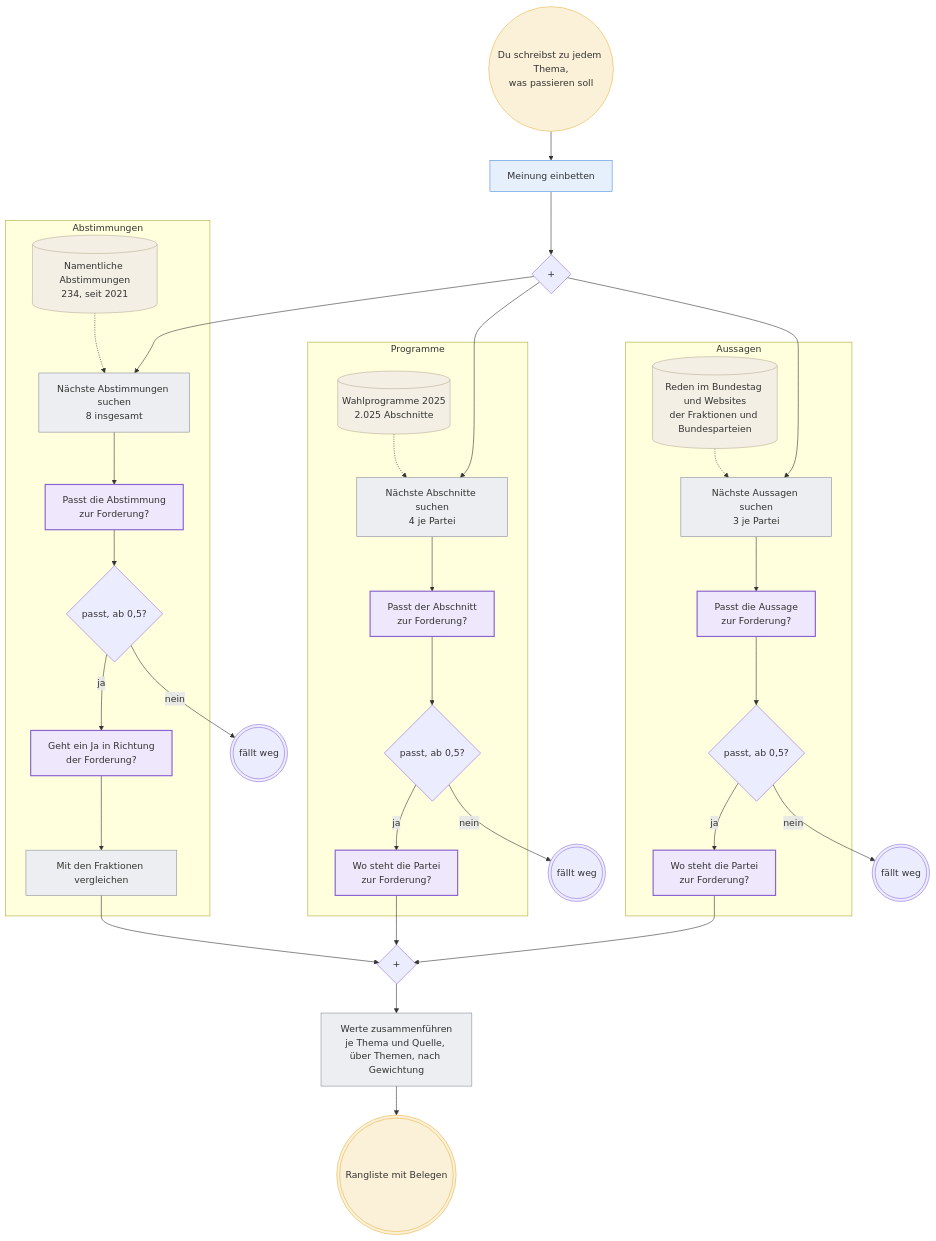
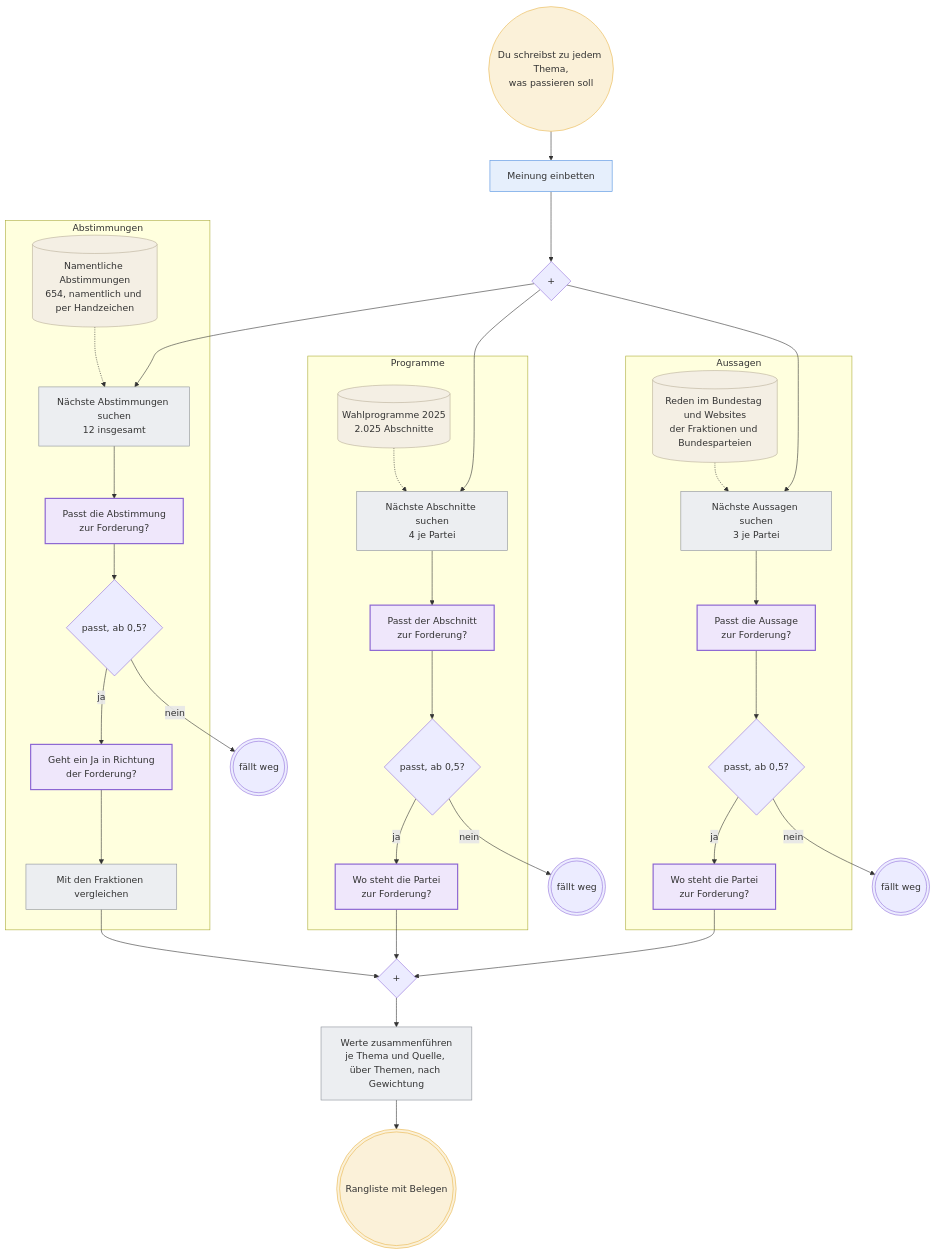
One commit to NicolasMahn/VotingAid changed the diagram in docs/workflow.mmd. Above: the diagram before and after it, drawn with Mermaid. The commit also changed 13 other files, not shown here.

```diff
--- a/docs/workflow.mmd
+++ b/docs/workflow.mmd
@@ -1,52 +1,52 @@
 %% Voting Aid: from an opinion to the ranking. The same flow as workflow.html,
 %% as text: open it in mermaid.live, or import it into Excalidraw, draw.io or Miro.
 %% Circles are events, boxes tasks, diamonds decisions, cylinders data.
 flowchart TB
   start((Du schreibst zu jedem Thema,<br/>was passieren soll)):::person
   query[Meinung einbetten]:::voyage
   split{+}
   start --> query --> split
 
   subgraph Programme
     pdb[(Wahlprogramme 2025<br/>2.025 Abschnitte)]:::data
     psearch[Nächste Abschnitte suchen<br/>4 je Partei]:::code
     prel[Passt der Abschnitt<br/>zur Forderung?]:::jev
     pgate{passt, ab 0,5?}
     pmatch[Wo steht die Partei<br/>zur Forderung?]:::jev
     pdb -.-> psearch --> prel --> pgate -->|ja| pmatch
   end
 
   subgraph Abstimmungen
-    vdb[(Namentliche Abstimmungen<br/>234, seit 2021)]:::data
-    vsearch[Nächste Abstimmungen suchen<br/>8 insgesamt]:::code
+    vdb[(Namentliche Abstimmungen<br/>654, namentlich und per Handzeichen)]:::data
+    vsearch[Nächste Abstimmungen suchen<br/>12 insgesamt]:::code
     vrel[Passt die Abstimmung<br/>zur Forderung?]:::jev
     vgate{passt, ab 0,5?}
     vdir[Geht ein Ja in Richtung<br/>der Forderung?]:::jev
     vcompare[Mit den Fraktionen vergleichen]:::code
     vdb -.-> vsearch --> vrel --> vgate -->|ja| vdir --> vcompare
   end
 
   subgraph Aussagen
     sdb[(Reden im Bundestag und Websites<br/>der Fraktionen und Bundesparteien)]:::data
     ssearch[Nächste Aussagen suchen<br/>3 je Partei]:::code
     srel[Passt die Aussage<br/>zur Forderung?]:::jev
     sgate{passt, ab 0,5?}
     smatch[Wo steht die Partei<br/>zur Forderung?]:::jev
     sdb -.-> ssearch --> srel --> sgate -->|ja| smatch
   end
 
   split --> psearch & vsearch & ssearch
   join{+}
   pmatch & vcompare & smatch --> join
   pgate -->|nein| pdrop(((fällt weg)))
   vgate -->|nein| vdrop(((fällt weg)))
   sgate -->|nein| sdrop(((fällt weg)))
   combine[Werte zusammenführen<br/>je Thema und Quelle, über Themen, nach Gewichtung]:::code
   done(((Rangliste mit Belegen))):::person
   join --> combine --> done
 
   classDef person fill:#fbf1d9,stroke:#e8b54a
   classDef voyage fill:#e6effc,stroke:#4f8fe0
   classDef jev fill:#efe7fb,stroke:#8a63d2,stroke-width:2px
   classDef code fill:#eceef1,stroke:#8a8f98
   classDef data fill:#f4efe4,stroke:#b9ae97
```
